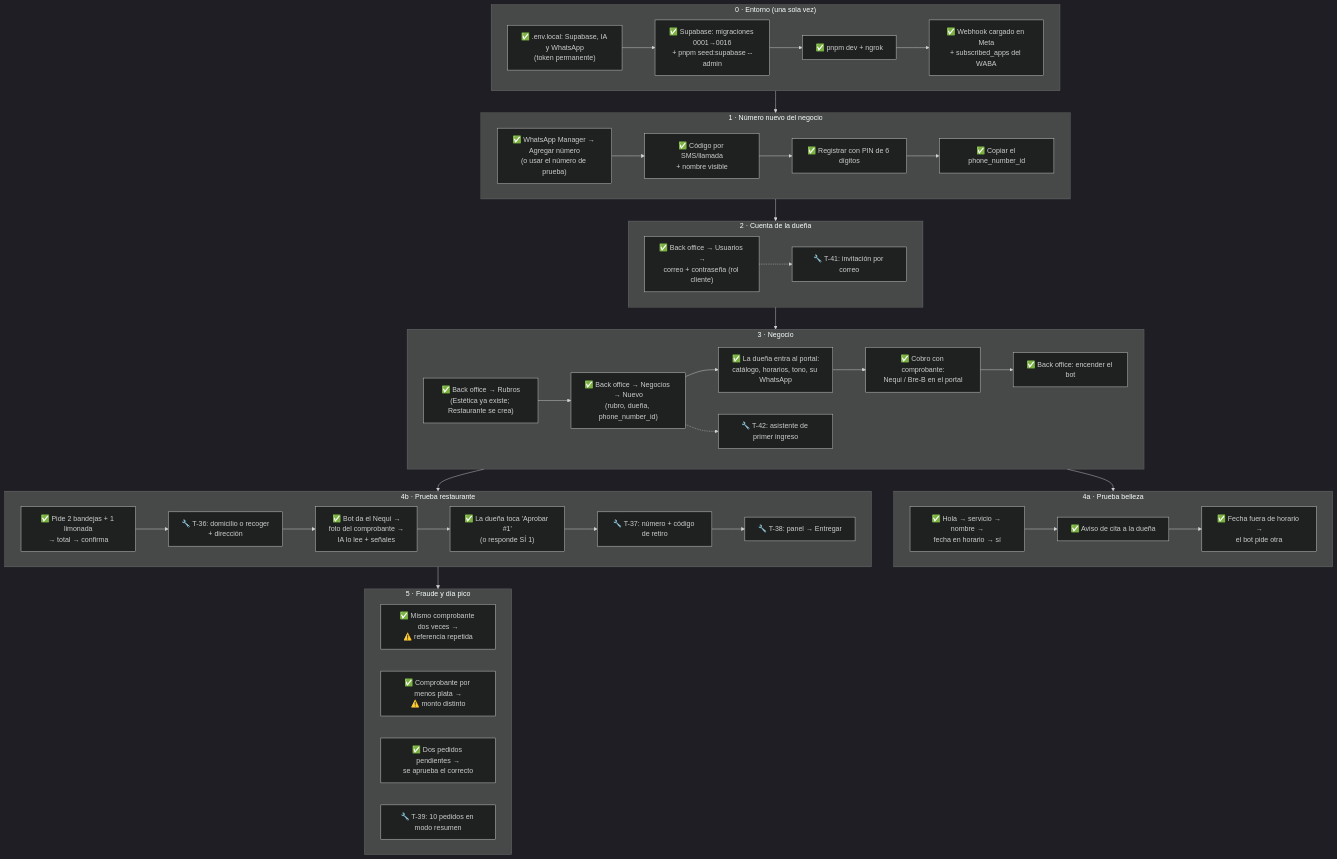
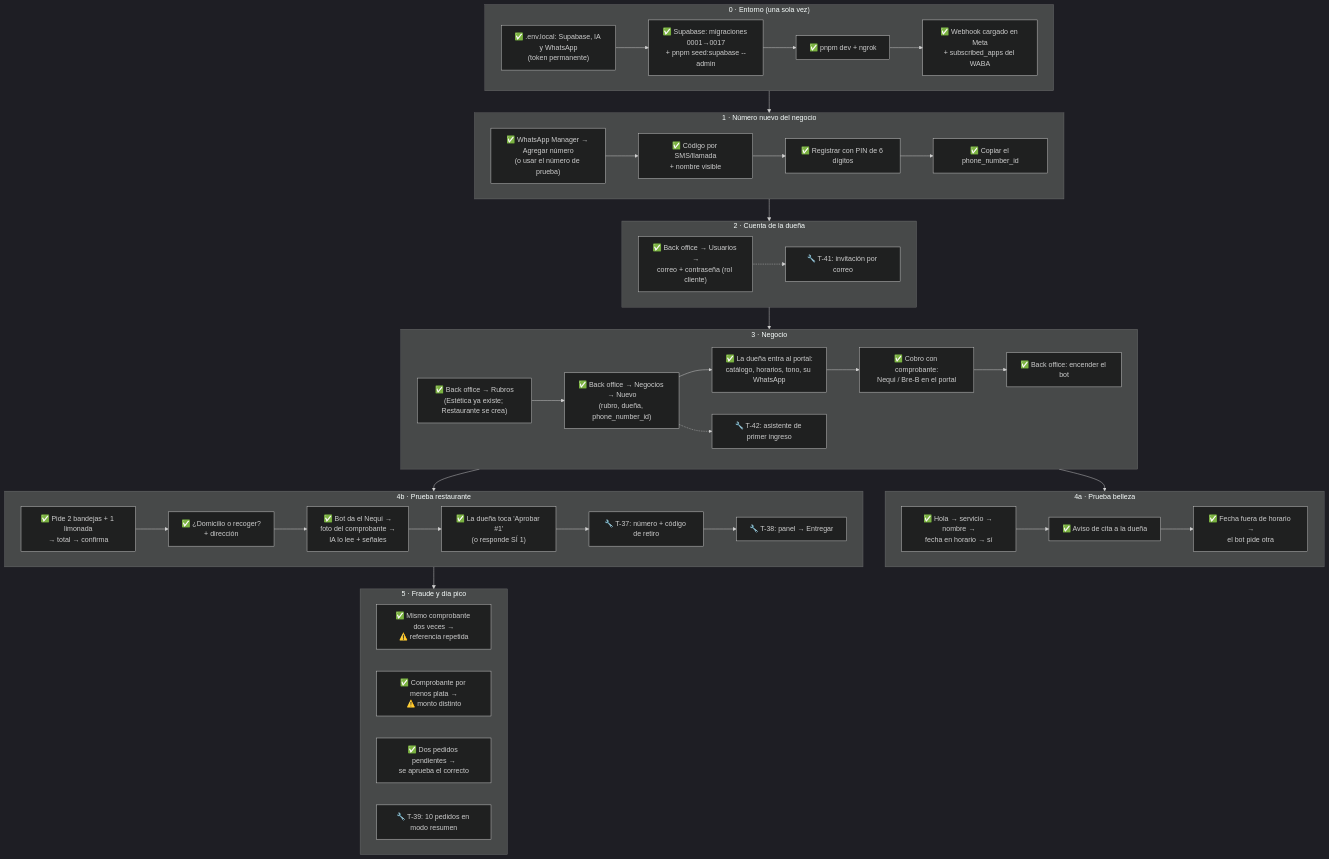
The diagram in docs/17-prueba-local.md (daniell41-dev/client-automation-bot), drawn with Mermaid (dark theme) before and after one commit. The commit also changed other lines of this file and 16 other files, not shown here.

First line of the commit message:
feat(T-36): domicilio o recoger en un pedido, con dirección

````diff
--- a/docs/17-prueba-local.md
+++ b/docs/17-prueba-local.md
@@ -18,54 +18,54 @@
 ```mermaid
 flowchart TD
   subgraph E["0 · Entorno (una sola vez)"]
-    E1["✅ .env.local: Supabase, IA y WhatsApp<br/>(token permanente)"] --> E2["✅ Supabase: migraciones 0001→0016<br/>+ pnpm seed:supabase --admin"]
+    E1["✅ .env.local: Supabase, IA y WhatsApp<br/>(token permanente)"] --> E2["✅ Supabase: migraciones 0001→0017<br/>+ pnpm seed:supabase --admin"]
     E2 --> E3["✅ pnpm dev + ngrok"]
     E3 --> E4["✅ Webhook cargado en Meta<br/>+ subscribed_apps del WABA"]
   end
 
   subgraph T["1 · Número nuevo del negocio"]
     T1["✅ WhatsApp Manager → Agregar número<br/>(o usar el número de prueba)"] --> T2["✅ Código por SMS/llamada<br/>+ nombre visible"]
     T2 --> T3["✅ Registrar con PIN de 6 dígitos"]
     T3 --> T4["✅ Copiar el phone_number_id"]
   end
 
   subgraph U["2 · Cuenta de la dueña"]
     U1["✅ Back office → Usuarios →<br/>correo + contraseña (rol cliente)"]
     U2["🔧 T-41: invitación por correo"]
     U1 -.-> U2
   end
 
   subgraph N["3 · Negocio"]
     N0["✅ Back office → Rubros<br/>(Estética ya existe; Restaurante se crea)"] --> N1["✅ Back office → Negocios → Nuevo<br/>(rubro, dueña, phone_number_id)"]
     N1 --> N2["✅ La dueña entra al portal:<br/>catálogo, horarios, tono, su WhatsApp"]
     N2 --> N3["✅ Cobro con comprobante:<br/>Nequi / Bre-B en el portal"]
     N3 --> N5["✅ Back office: encender el bot"]
     N4["🔧 T-42: asistente de primer ingreso"]
     N1 -.-> N4
   end
 
   subgraph B["4a · Prueba belleza"]
     B1["✅ Hola → servicio → nombre →<br/>fecha en horario → sí"] --> B2["✅ Aviso de cita a la dueña"]
     B2 --> B3["✅ Fecha fuera de horario →<br/>el bot pide otra"]
   end
 
   subgraph R["4b · Prueba restaurante"]
-    R1["✅ Pide 2 bandejas + 1 limonada<br/>→ total → confirma"] --> R2["🔧 T-36: domicilio o recoger<br/>+ dirección"]
+    R1["✅ Pide 2 bandejas + 1 limonada<br/>→ total → confirma"] --> R2["✅ ¿Domicilio o recoger?<br/>+ dirección"]
     R2 --> R3["✅ Bot da el Nequi →<br/>foto del comprobante →<br/>IA lo lee + señales"]
     R3 --> R4["✅ La dueña toca 'Aprobar #1'<br/>(o responde SÍ 1)"]
     R4 --> R5["🔧 T-37: número + código de retiro"]
     R5 --> R6["🔧 T-38: panel → Entregar"]
   end
 
   subgraph F["5 · Fraude y día pico"]
     F1["✅ Mismo comprobante dos veces →<br/>⚠️ referencia repetida"]
     F2["✅ Comprobante por menos plata →<br/>⚠️ monto distinto"]
     F3["✅ Dos pedidos pendientes →<br/>se aprueba el correcto"]
     F4["🔧 T-39: 10 pedidos en modo resumen"]
   end
 
   E --> T --> U --> N
   N --> B
   N --> R
   R --> F
 ```
````
